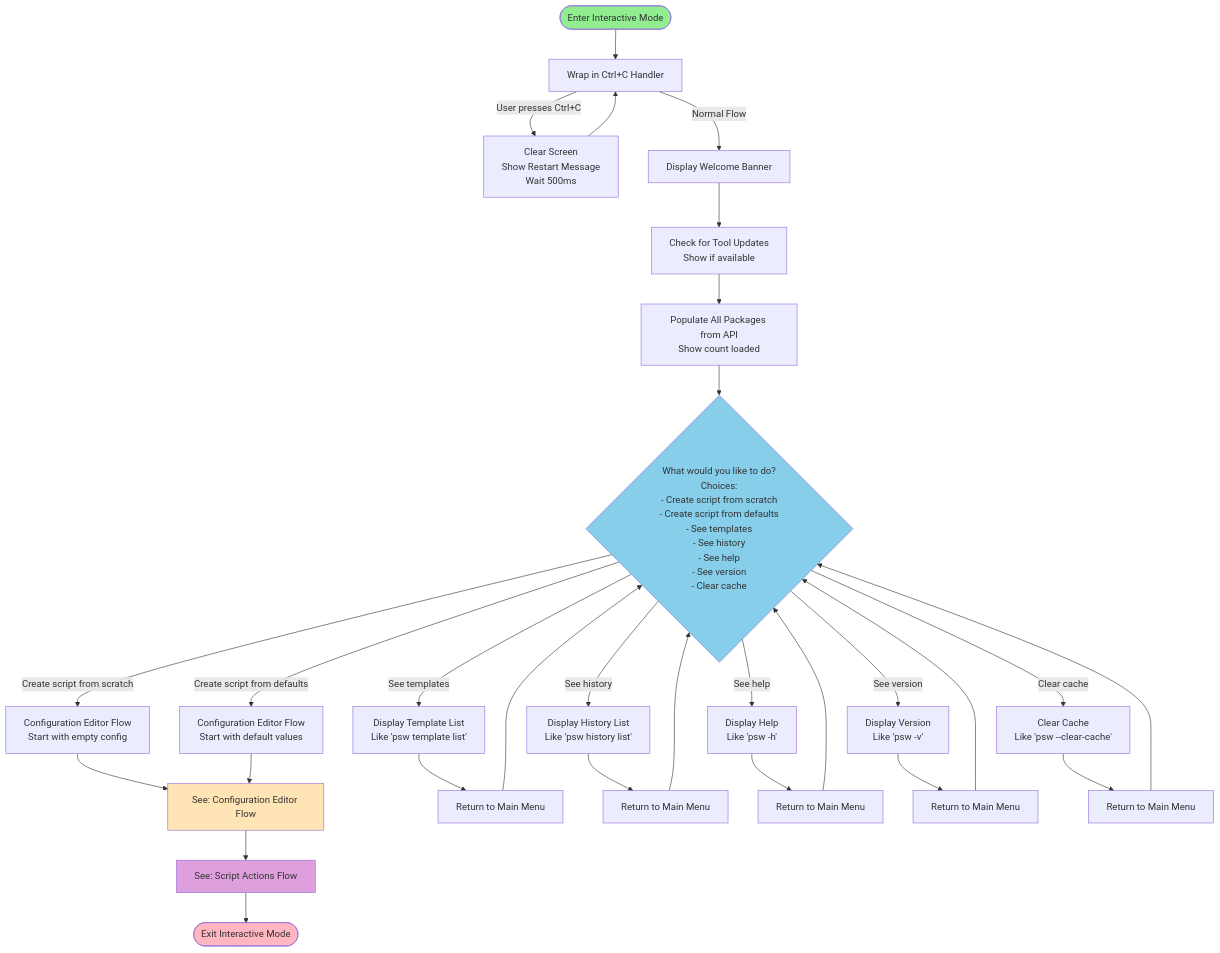
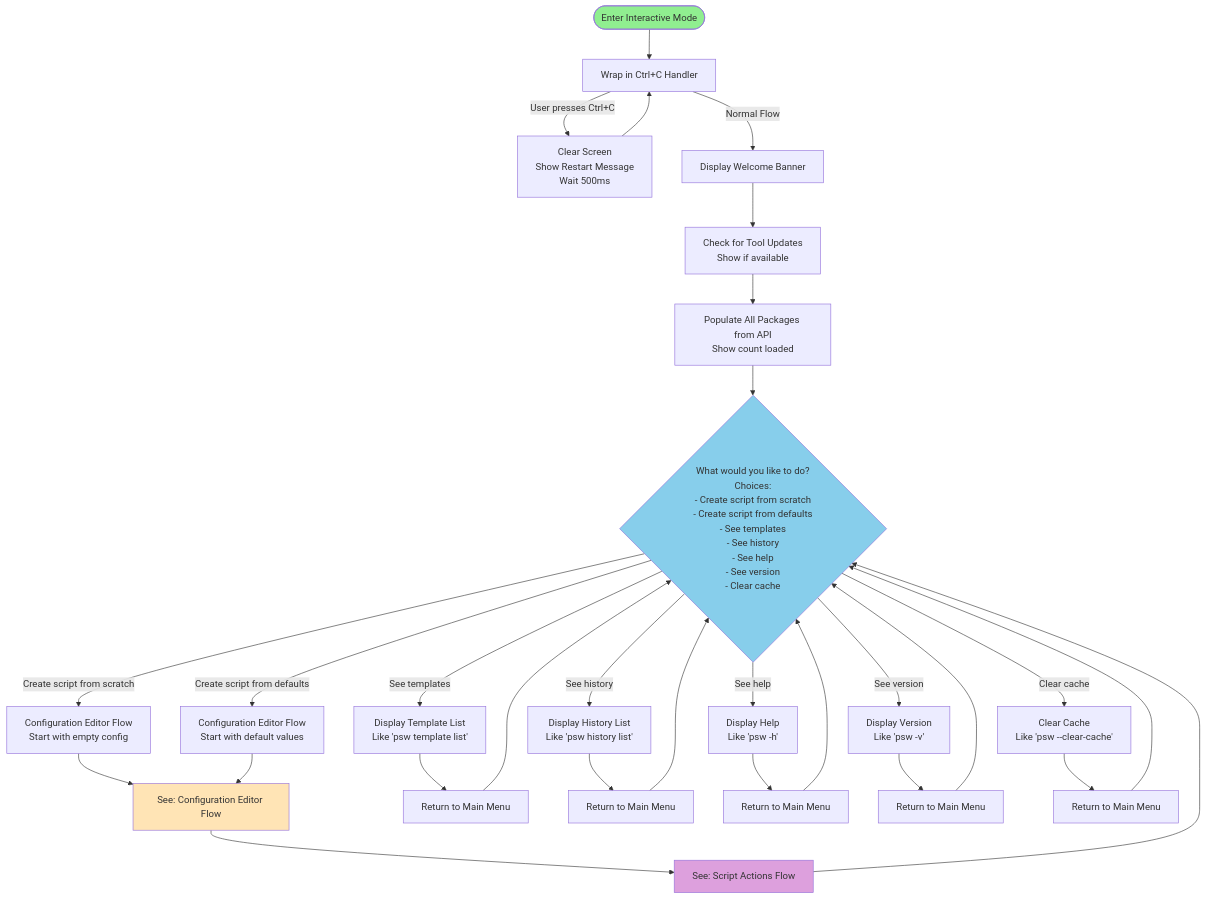
One commit to prjseal/Package-Script-Writer changed the second of 8 diagrams in CLI-Interactive-Mode-Flow.md. Above: the diagram before and after it, drawn with Mermaid. The commit also changed other lines of this file, not shown here.

First line of the commit message:
Make all flows return to main menu instead of exiting

````diff
--- a/CLI-Interactive-Mode-Flow.md
+++ b/CLI-Interactive-Mode-Flow.md
@@ -52,46 +52,45 @@
 ```mermaid
 flowchart TD
     Start([Enter Interactive Mode]) --> CtrlCWrapper[Wrap in Ctrl+C Handler]
 
     CtrlCWrapper -->|User presses Ctrl+C| Restart[Clear Screen<br/>Show Restart Message<br/>Wait 500ms]
     Restart --> CtrlCWrapper
 
     CtrlCWrapper -->|Normal Flow| DisplayBanner[Display Welcome Banner]
     DisplayBanner --> CheckUpdates[Check for Tool Updates<br/>Show if available]
     CheckUpdates --> PopulatePackages[Populate All Packages from API<br/>Show count loaded]
 
     PopulatePackages --> MainMenu{What would you like to do?<br/>Choices:<br/>- Create script from scratch<br/>- Create script from defaults<br/>- See templates<br/>- See history<br/>- See help<br/>- See version<br/>- Clear cache}
 
     MainMenu -->|Create script from scratch| ConfigEditorEmpty[Configuration Editor Flow<br/>Start with empty config]
     MainMenu -->|Create script from defaults| ConfigEditorDefaults[Configuration Editor Flow<br/>Start with default values]
     MainMenu -->|See templates| ListTemplates[Display Template List<br/>Like 'psw template list']
     MainMenu -->|See history| ListHistory[Display History List<br/>Like 'psw history list']
     MainMenu -->|See help| ShowHelp[Display Help<br/>Like 'psw -h']
     MainMenu -->|See version| ShowVersion[Display Version<br/>Like 'psw -v']
     MainMenu -->|Clear cache| ClearCache[Clear Cache<br/>Like 'psw --clear-cache']
 
     ConfigEditorEmpty --> ConfigEditor[See: Configuration Editor Flow]
     ConfigEditorDefaults --> ConfigEditor
 
     ConfigEditor --> ScriptActions[See: Script Actions Flow]
 
     ListTemplates --> ReturnToMenu1[Return to Main Menu]
     ListHistory --> ReturnToMenu2[Return to Main Menu]
     ShowHelp --> ReturnToMenu3[Return to Main Menu]
     ShowVersion --> ReturnToMenu4[Return to Main Menu]
     ClearCache --> ReturnToMenu5[Return to Main Menu]
 
     ReturnToMenu1 --> MainMenu
     ReturnToMenu2 --> MainMenu
     ReturnToMenu3 --> MainMenu
     ReturnToMenu4 --> MainMenu
     ReturnToMenu5 --> MainMenu
 
-    ScriptActions --> End([Exit Interactive Mode])
+    ScriptActions --> MainMenu
 
     style Start fill:#90EE90
-    style End fill:#FFB6C1
     style MainMenu fill:#87CEEB
     style ConfigEditor fill:#FFE4B5
     style ScriptActions fill:#DDA0DD
 ```
````
